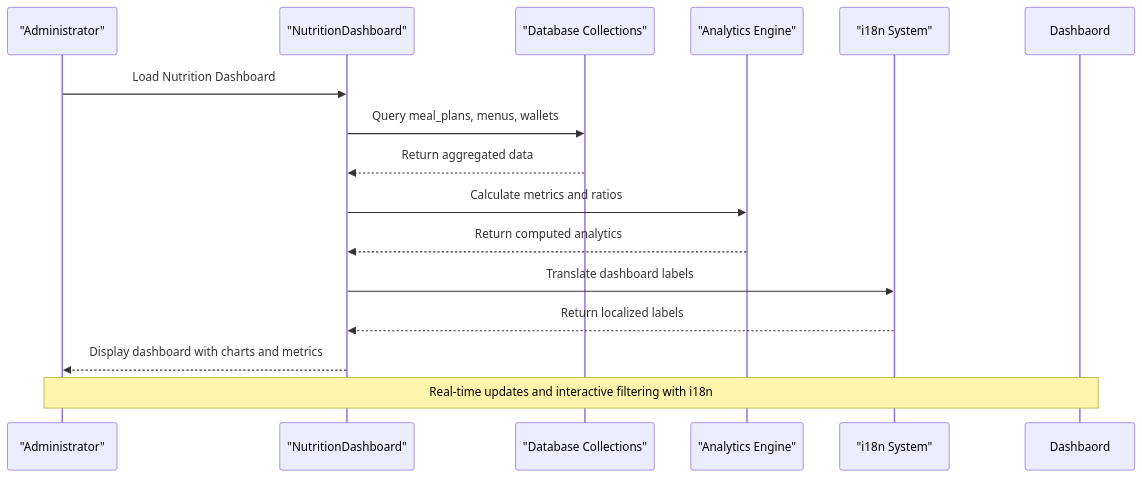
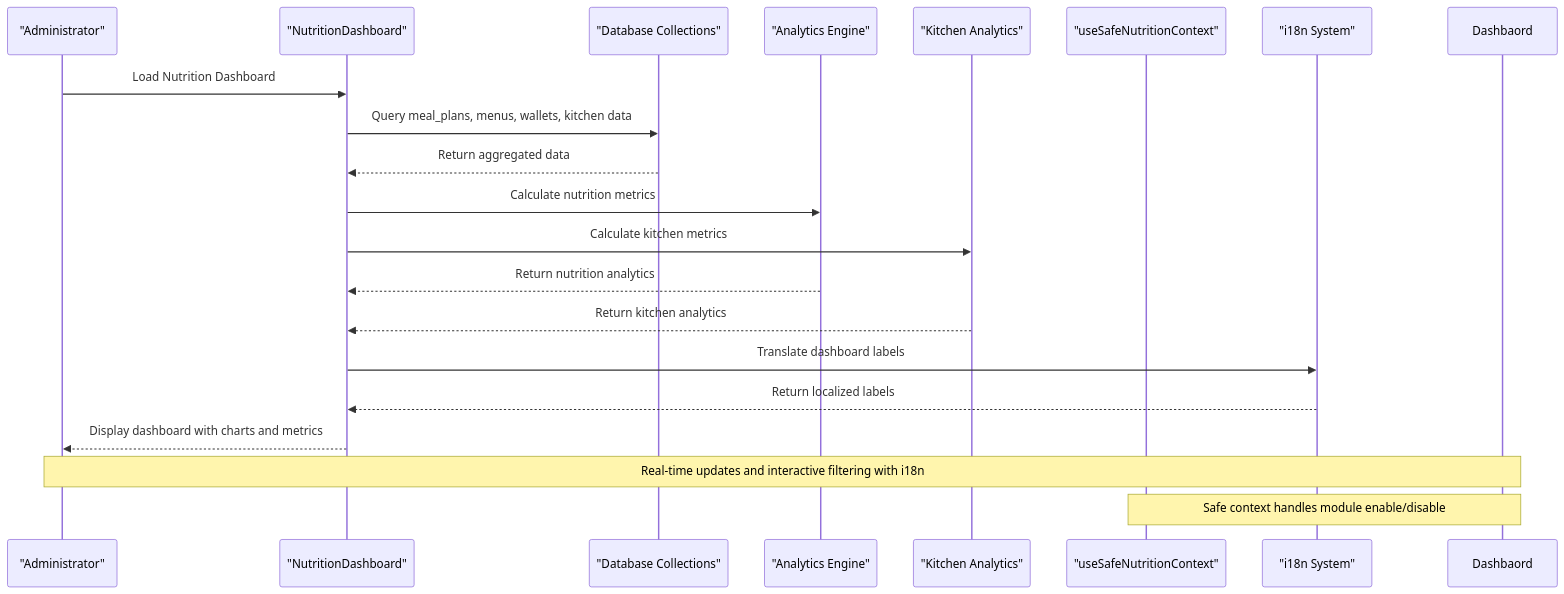
Before and after one commit to geniusdynamics/schoolpilot: diagram 13 of 13 in .qoder/repowiki/en/content/Modules System/Nutrition Module.md, drawn with Mermaid. The commit also changed other lines of this file and 54 other files, not shown here.

````diff
--- a/.qoder/repowiki/en/content/Modules System/Nutrition Module.md
+++ b/.qoder/repowiki/en/content/Modules System/Nutrition Module.md
@@ -589,17 +1622,22 @@
 ```mermaid
 sequenceDiagram
 participant User as "Administrator"
 participant Dashboard as "NutritionDashboard"
 participant Data as "Database Collections"
 participant Analytics as "Analytics Engine"
+participant KitchenAnalytics as "Kitchen Analytics"
+participant SafeHook as "useSafeNutritionContext"
 participant I18n as "i18n System"
 User->>Dashboard : Load Nutrition Dashboard
-Dashboard->>Data : Query meal_plans, menus, wallets
+Dashboard->>Data : Query meal_plans, menus, wallets, kitchen data
 Data-->>Dashboard : Return aggregated data
-Dashboard->>Analytics : Calculate metrics and ratios
-Analytics-->>Dashboard : Return computed analytics
+Dashboard->>Analytics : Calculate nutrition metrics
+Dashboard->>KitchenAnalytics : Calculate kitchen metrics
+Analytics-->>Dashboard : Return nutrition analytics
+KitchenAnalytics-->>Dashboard : Return kitchen analytics
 Dashboard->>I18n : Translate dashboard labels
 I18n-->>Dashboard : Return localized labels
 Dashboard-->>User : Display dashboard with charts and metrics
 Note over User,Dashbaord : Real-time updates and interactive filtering with i18n
+Note over SafeHook,Dashbaord : Safe context handles module enable/disable
 ```
````
